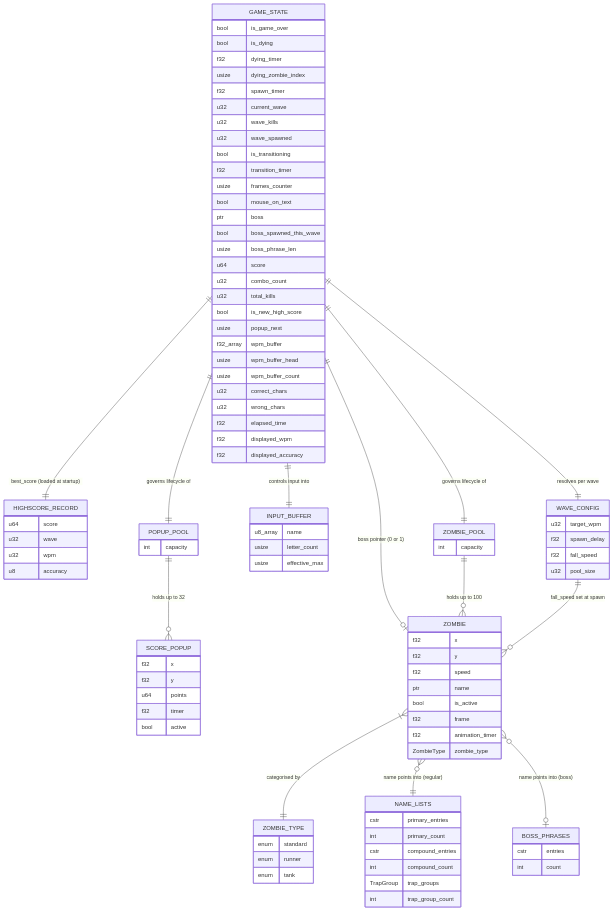
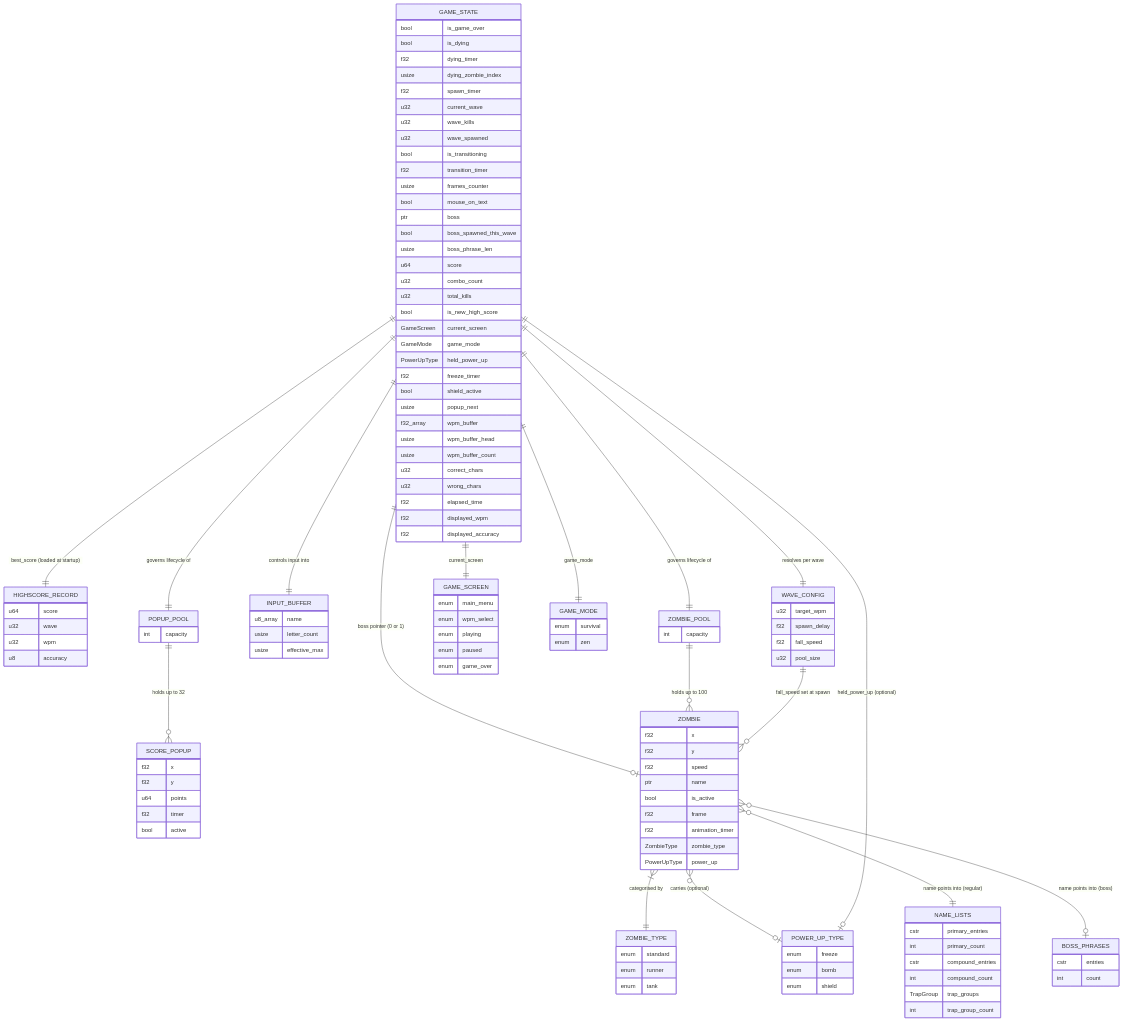
The first of 3 diagrams in specs/specifications/data-model.md (bfernandez31/death-note), drawn with Mermaid before and after one commit. The commit also changed other lines of this file and 2 other files, not shown here.

```diff
--- a/specs/specifications/data-model.md
+++ b/specs/specifications/data-model.md
@@ -68,6 +69,11 @@
         u32 combo_count
         u32 total_kills
         bool is_new_high_score
+        GameScreen current_screen
+        GameMode game_mode
+        PowerUpType held_power_up
+        f32 freeze_timer
+        bool shield_active
         usize popup_next
         f32_array wpm_buffer
         usize wpm_buffer_head
@@ -117,6 +123,26 @@
         f32 frame
         f32 animation_timer
         ZombieType zombie_type
+        PowerUpType power_up
+    }
+
+    POWER_UP_TYPE {
+        enum freeze
+        enum bomb
+        enum shield
+    }
+
+    GAME_SCREEN {
+        enum main_menu
+        enum wpm_select
+        enum playing
+        enum paused
+        enum game_over
+    }
+
+    GAME_MODE {
+        enum survival
+        enum zen
     }
 
     ZOMBIE_TYPE {
@@ -154,6 +180,10 @@
     GAME_STATE ||--|| HIGHSCORE_RECORD : "best_score (loaded at startup)"
     ZOMBIE_POOL ||--o{ ZOMBIE : "holds up to 100"
     ZOMBIE }|--|| ZOMBIE_TYPE : "categorised by"
+    ZOMBIE }o--o| POWER_UP_TYPE : "carries (optional)"
+    GAME_STATE ||--|| GAME_SCREEN : "current_screen"
+    GAME_STATE ||--|| GAME_MODE : "game_mode"
+    GAME_STATE ||--o| POWER_UP_TYPE : "held_power_up (optional)"
     ZOMBIE }o--|| NAME_LISTS : "name points into (regular)"
     ZOMBIE }o--o| BOSS_PHRASES : "name points into (boss)"
     WAVE_CONFIG ||--o{ ZOMBIE : "fall_speed set at spawn"
```
